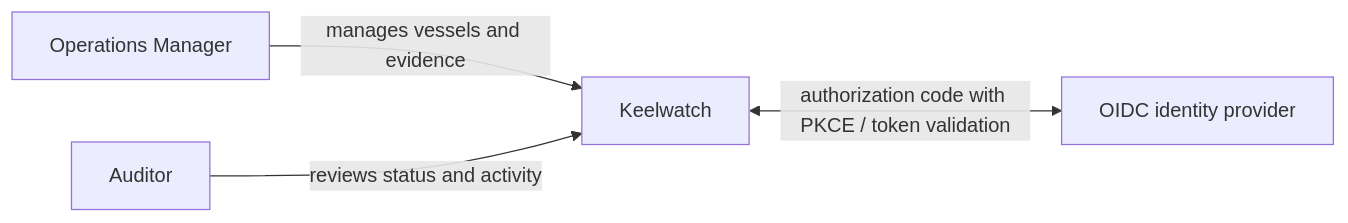
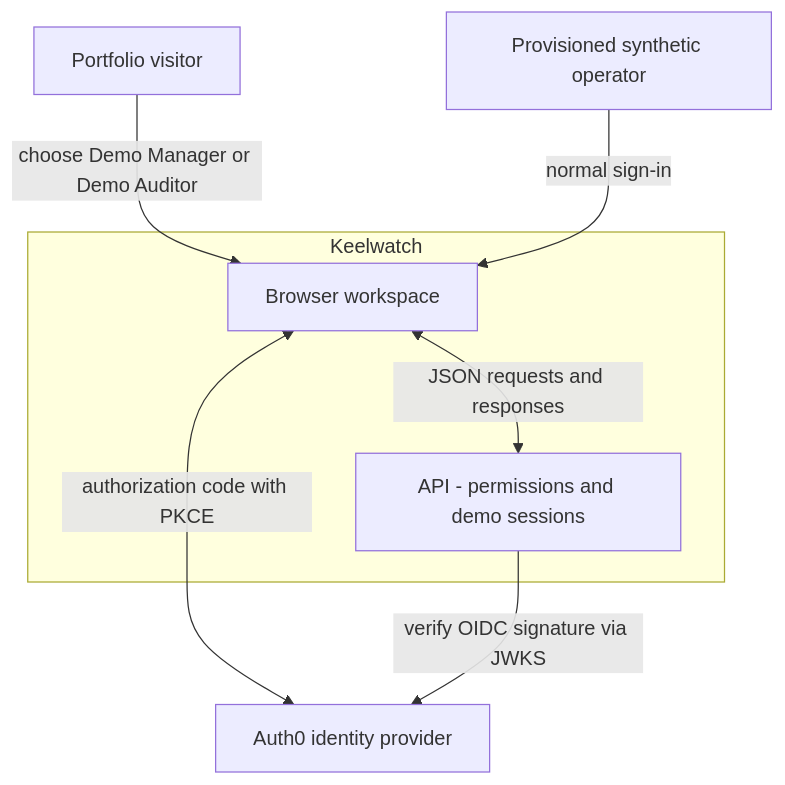
One commit to EPraz/keelwatch changed the first of 3 diagrams in docs/flagship/ARCHITECTURE.md. Above: the diagram before and after it, drawn with Mermaid. The commit also changed other lines of this file and 7 other files, not shown here.

Commit message:
docs: map current architecture and data ownership (#17)

````diff
--- a/docs/flagship/ARCHITECTURE.md
+++ b/docs/flagship/ARCHITECTURE.md
@@ -17,11 +10,15 @@
 ```mermaid
-flowchart LR
-  Manager[Operations Manager]
-  Auditor[Auditor]
-  IdP[OIDC identity provider]
-  Keelwatch[Keelwatch]
-
-  Manager -->|manages vessels and evidence| Keelwatch
-  Auditor -->|reviews status and activity| Keelwatch
-  Keelwatch <-->|authorization code with PKCE / token validation| IdP
+flowchart TB
+  Visitor[Portfolio visitor]
+  Operator[Provisioned synthetic operator]
+  subgraph KW[Keelwatch]
+    Web[Browser workspace]
+    API[API - permissions and demo sessions]
+  end
+  Auth0[Auth0 identity provider]
+  Visitor -->|choose Demo Manager or Demo Auditor| Web
+  Operator -->|normal sign-in| Web
+  Web <-->|authorization code with PKCE| Auth0
+  Web <-->|JSON requests and responses| API
+  API -->|verify OIDC signature via JWKS| Auth0
 ```
````
